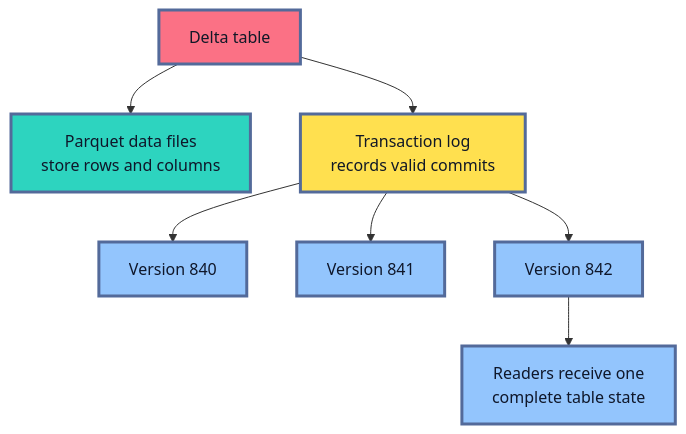
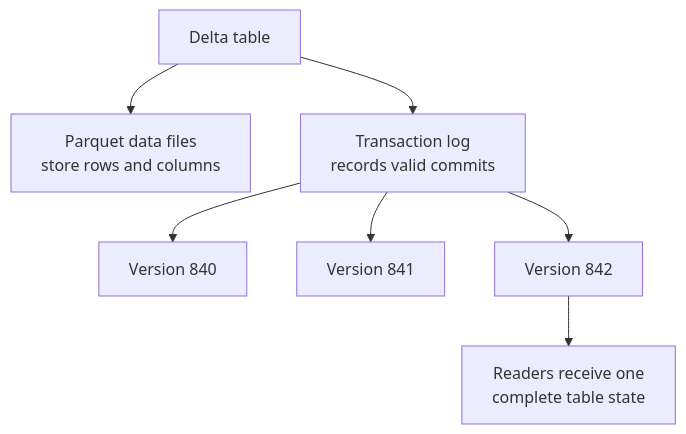
One commit to senlinyy/dev-roadmaps changed the first of 4 diagrams in roadmaps/mlops/modules/mlops-infrastructure/cloud-mlops-services/databricks-mlops/02-governed-ml-data-delta-lake-unity-catalog.md. Above: the diagram before and after it, drawn with Mermaid. The commit also changed other lines of this file and 152 other files, not shown here.

Commit message:
feat: mlops and diagrams updated

````diff
--- a/roadmaps/mlops/modules/mlops-infrastructure/cloud-mlops-services/databricks-mlops/02-governed-ml-data-delta-lake-unity-catalog.md
+++ b/roadmaps/mlops/modules/mlops-infrastructure/cloud-mlops-services/databricks-mlops/02-governed-ml-data-delta-lake-unity-catalog.md
@@ -114,18 +114,14 @@
 ```mermaid
 flowchart TD
     A["Delta table"] --> B["Parquet data files<br/>store rows and columns"]
     A --> C["Transaction log<br/>records valid commits"]
     C --> D["Version 840"]
     C --> E["Version 841"]
     C --> F["Version 842"]
     F --> G["Readers receive one<br/>complete table state"]
 
-    classDef table fill:#FB7185,stroke:#536A9A,stroke-width:3px,color:#111827
-    classDef data fill:#2DD4BF,stroke:#536A9A,stroke-width:3px,color:#0F172A
-    classDef log fill:#FFE04F,stroke:#536A9A,stroke-width:3px,color:#111827
-    classDef version fill:#93C5FD,stroke:#536A9A,stroke-width:3px,color:#0F172A
     class A table
     class B data
     class C log
     class D,E,F,G version
 ```
````
